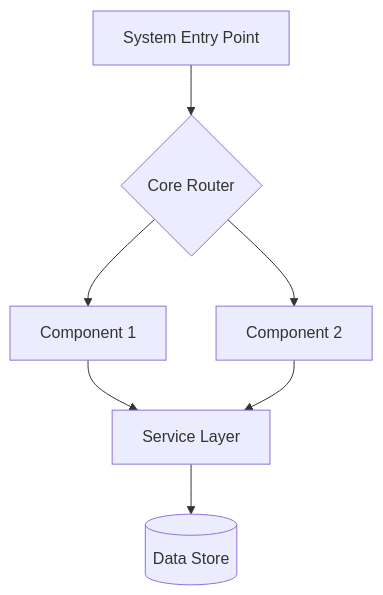
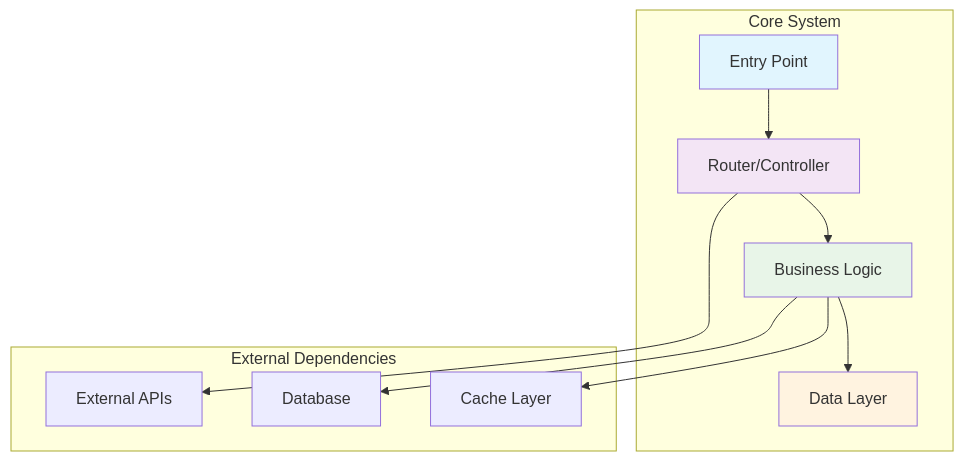
Before and after one commit to xincheng213618/OpenDeepWiki: the first of 7 diagrams in src/KoalaWiki/Prompts/Warehouse/GenerateDocsDevelopmentTools.md, drawn with Mermaid. The commit also changed other lines of this file and 31 other files, not shown here.

````diff
--- a/src/KoalaWiki/Prompts/Warehouse/GenerateDocsDevelopmentTools.md
+++ b/src/KoalaWiki/Prompts/Warehouse/GenerateDocsDevelopmentTools.md
@@ -77,9 +78,23 @@
 ```mermaid
 graph TD
-    A[System Entry Point] --> B{Core Router}
-    B --> C[Component 1]
-    B --> D[Component 2]
-    C --> E[Service Layer]
-    D --> E
-    E --> F[(Data Store)]
+    subgraph "Core System"
+        A[Entry Point] --> B[Router/Controller]
+        B --> C[Business Logic]
+        C --> D[Data Layer]
+    end
+    
+    subgraph "External Dependencies"
+        E[External APIs]
+        F[Database]
+        G[Cache Layer]
+    end
+    
+    C --> F
+    C --> G
+    B --> E
+    
+    style A fill:#e1f5fe
+    style B fill:#f3e5f5
+    style C fill:#e8f5e8
+    style D fill:#fff3e0
 ```
````
